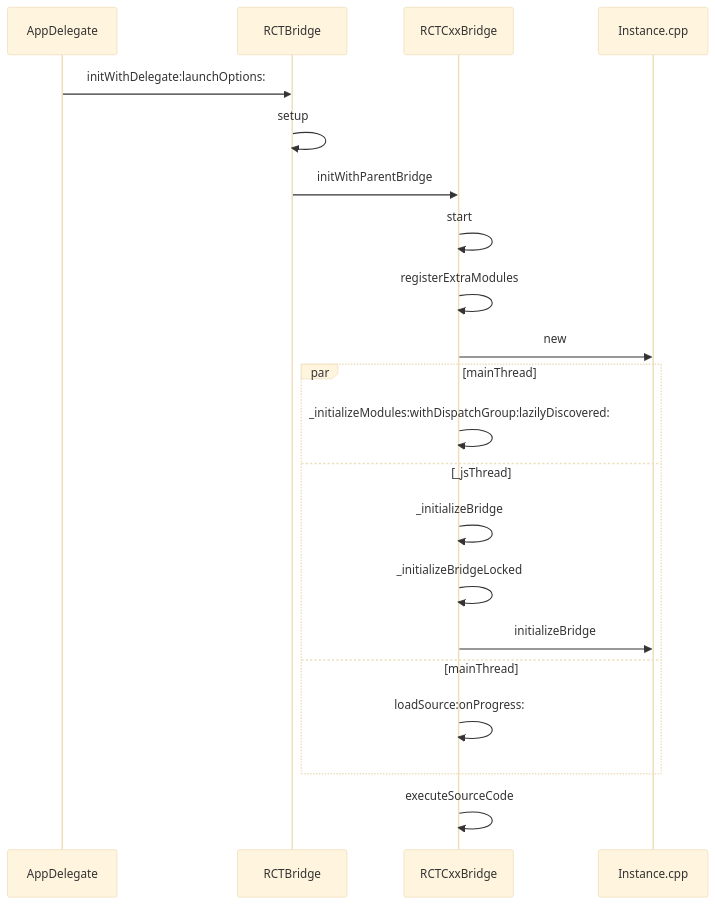
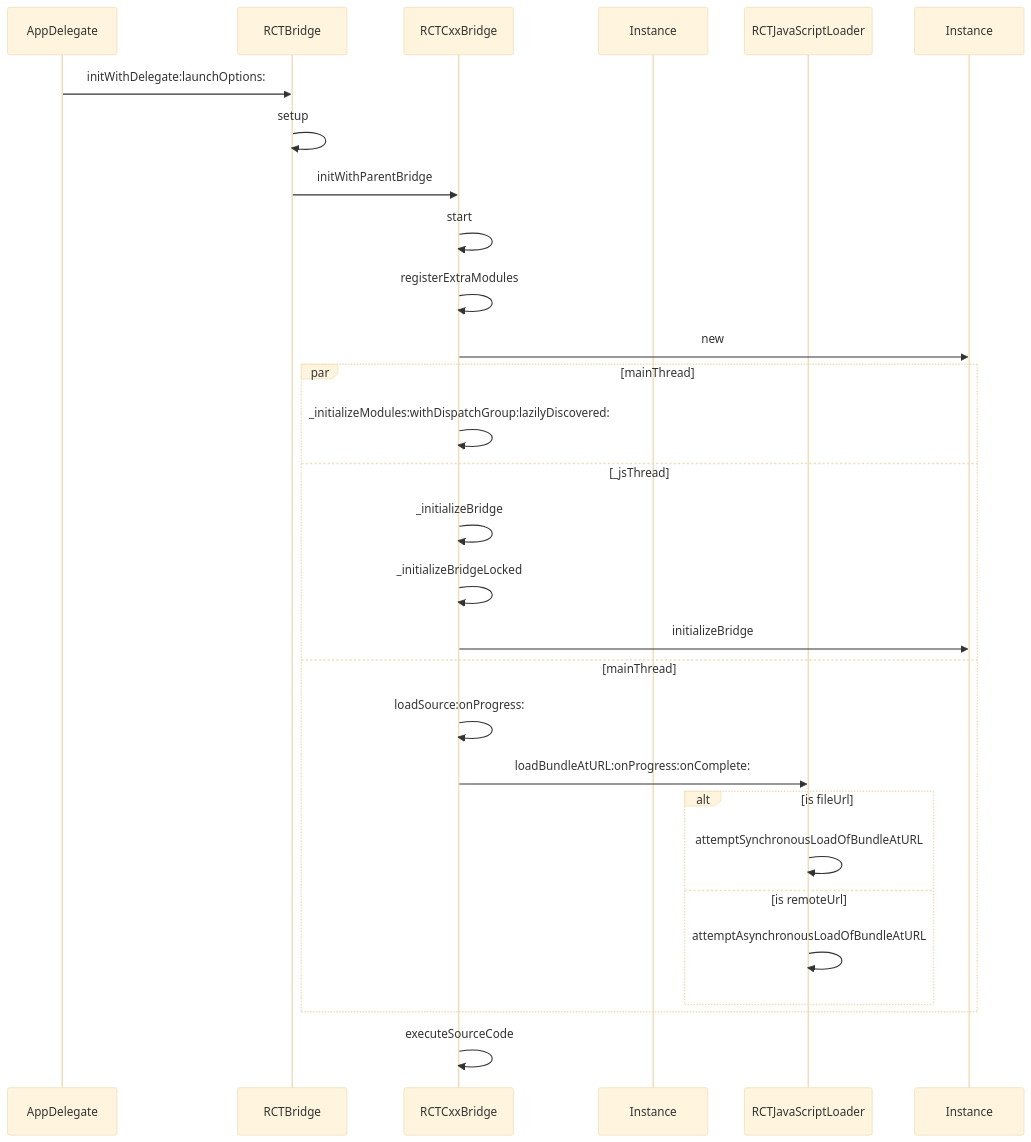
Before and after one commit to yianzhou/yianzhou.github.io: the diagram in _posts/apple/2021-04-26-react.md, drawn with Mermaid (base theme). The commit also changed 1 other file, not shown here.

```diff
--- a/_posts/apple/2021-04-26-react.md
+++ b/_posts/apple/2021-04-26-react.md
@@ -197,22 +197,30 @@
 <div class="mermaid">
 sequenceDiagram
     participant AppDelegate
     participant RCTBridge
     participant RCTCxxBridge
+    participant Instance.cpp as Instance
+    participant RCTJavaScriptLoader
     AppDelegate->>RCTBridge: initWithDelegate:launchOptions:
     RCTBridge->>RCTBridge: setup
     RCTBridge->>RCTCxxBridge: initWithParentBridge
     RCTCxxBridge->>RCTCxxBridge: start
     RCTCxxBridge->>RCTCxxBridge: registerExtraModules
-    RCTCxxBridge->>Instance.cpp: new
+    RCTCxxBridge->>Instance: new
     par mainThread
     RCTCxxBridge->>RCTCxxBridge: _initializeModules:withDispatchGroup:lazilyDiscovered:
     and _jsThread
     RCTCxxBridge->>RCTCxxBridge:_initializeBridge
     RCTCxxBridge->>RCTCxxBridge:_initializeBridgeLocked
-    RCTCxxBridge->>Instance.cpp: initializeBridge
+    RCTCxxBridge->>Instance: initializeBridge
     and mainThread
     RCTCxxBridge->>RCTCxxBridge: loadSource:onProgress:
+    RCTCxxBridge->>RCTJavaScriptLoader: loadBundleAtURL:onProgress:onComplete:
+    alt is fileUrl
+    RCTJavaScriptLoader->>RCTJavaScriptLoader: attemptSynchronousLoadOfBundleAtURL
+    else is remoteUrl
+    RCTJavaScriptLoader->>RCTJavaScriptLoader: attemptAsynchronousLoadOfBundleAtURL
+    end
     end
     RCTCxxBridge->>RCTCxxBridge: executeSourceCode
 </div>
```
